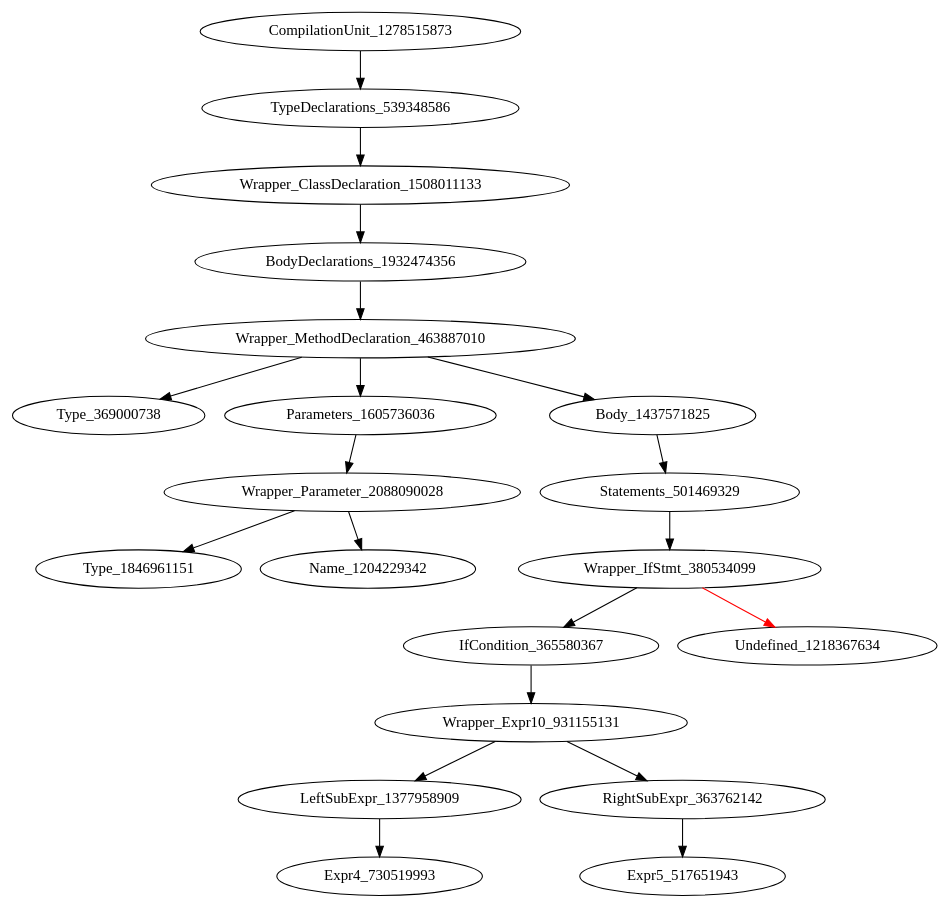
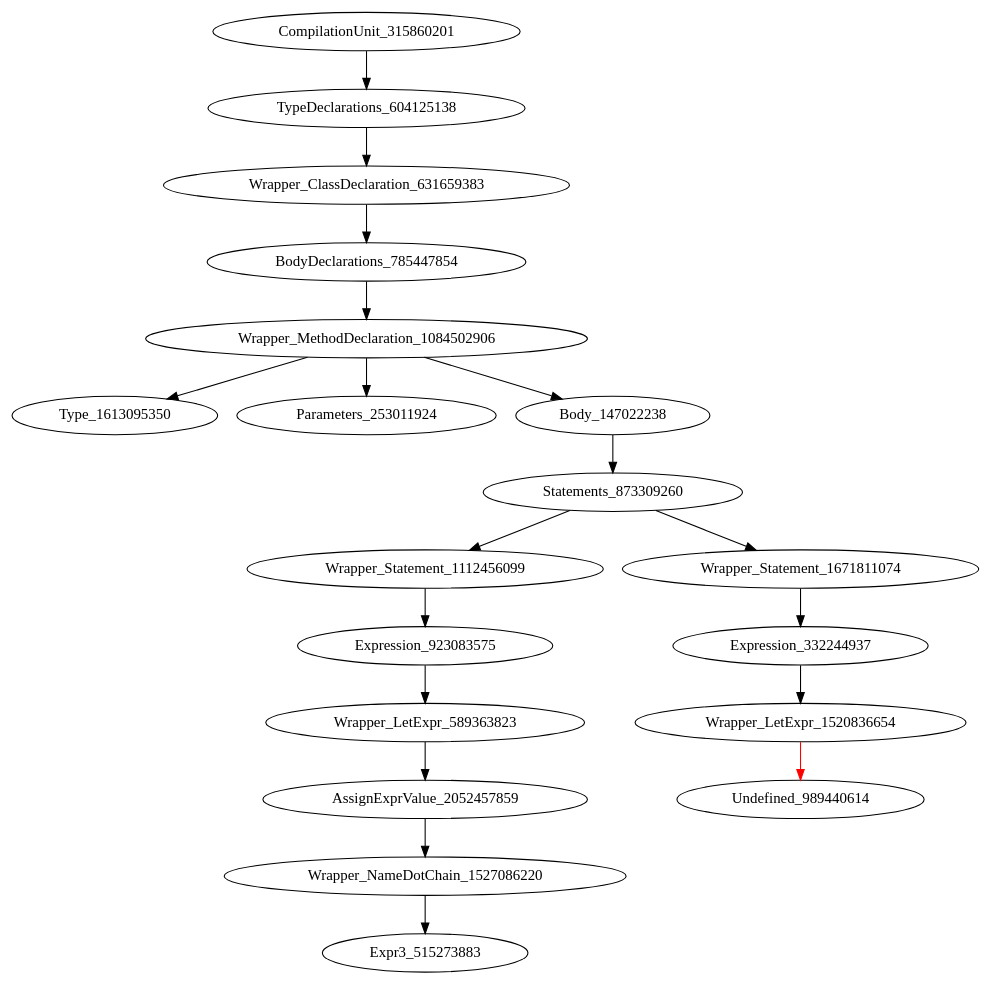
One commit to icse2023material/VoiceJava changed the diagram in holeAST.dot. Above: the diagram before and after it, drawn with Graphviz. The commit also changed 15 other files, not shown here.

Commit message:
[add] Name dot Name pattern,支持继续dot Name;若否move next

```diff
--- a/holeAST.dot
+++ b/holeAST.dot
@@ -1,21 +1,20 @@
 digraph {
-CompilationUnit_1278515873 -> TypeDeclarations_539348586
-TypeDeclarations_539348586 -> Wrapper_ClassDeclaration_1508011133
-Wrapper_ClassDeclaration_1508011133 -> BodyDeclarations_1932474356
-BodyDeclarations_1932474356 -> Wrapper_MethodDeclaration_463887010
-Wrapper_MethodDeclaration_463887010 -> Type_369000738
-Wrapper_MethodDeclaration_463887010 -> Parameters_1605736036
-Wrapper_MethodDeclaration_463887010 -> Body_1437571825
-Parameters_1605736036 -> Wrapper_Parameter_2088090028
-Body_1437571825 -> Statements_501469329
-Wrapper_Parameter_2088090028 -> Type_1846961151
-Wrapper_Parameter_2088090028 -> Name_1204229342
-Statements_501469329 -> Wrapper_IfStmt_380534099
-Wrapper_IfStmt_380534099 -> IfCondition_365580367
-Wrapper_IfStmt_380534099 -> Undefined_1218367634 [color = red] 
-IfCondition_365580367 -> Wrapper_Expr10_931155131
-Wrapper_Expr10_931155131 -> LeftSubExpr_1377958909
-Wrapper_Expr10_931155131 -> RightSubExpr_363762142
-LeftSubExpr_1377958909 -> Expr4_730519993
-RightSubExpr_363762142 -> Expr5_517651943
+CompilationUnit_315860201 -> TypeDeclarations_604125138
+TypeDeclarations_604125138 -> Wrapper_ClassDeclaration_631659383
+Wrapper_ClassDeclaration_631659383 -> BodyDeclarations_785447854
+BodyDeclarations_785447854 -> Wrapper_MethodDeclaration_1084502906
+Wrapper_MethodDeclaration_1084502906 -> Type_1613095350
+Wrapper_MethodDeclaration_1084502906 -> Parameters_253011924
+Wrapper_MethodDeclaration_1084502906 -> Body_147022238
+Body_147022238 -> Statements_873309260
+Statements_873309260 -> Wrapper_Statement_1112456099
+Statements_873309260 -> Wrapper_Statement_1671811074
+Wrapper_Statement_1112456099 -> Expression_923083575
+Wrapper_Statement_1671811074 -> Expression_332244937
+Expression_923083575 -> Wrapper_LetExpr_589363823
+Expression_332244937 -> Wrapper_LetExpr_1520836654
+Wrapper_LetExpr_589363823 -> AssignExprValue_2052457859
+Wrapper_LetExpr_1520836654 -> Undefined_989440614 [color = red] 
+AssignExprValue_2052457859 -> Wrapper_NameDotChain_1527086220
+Wrapper_NameDotChain_1527086220 -> Expr3_515273883
 }
```
